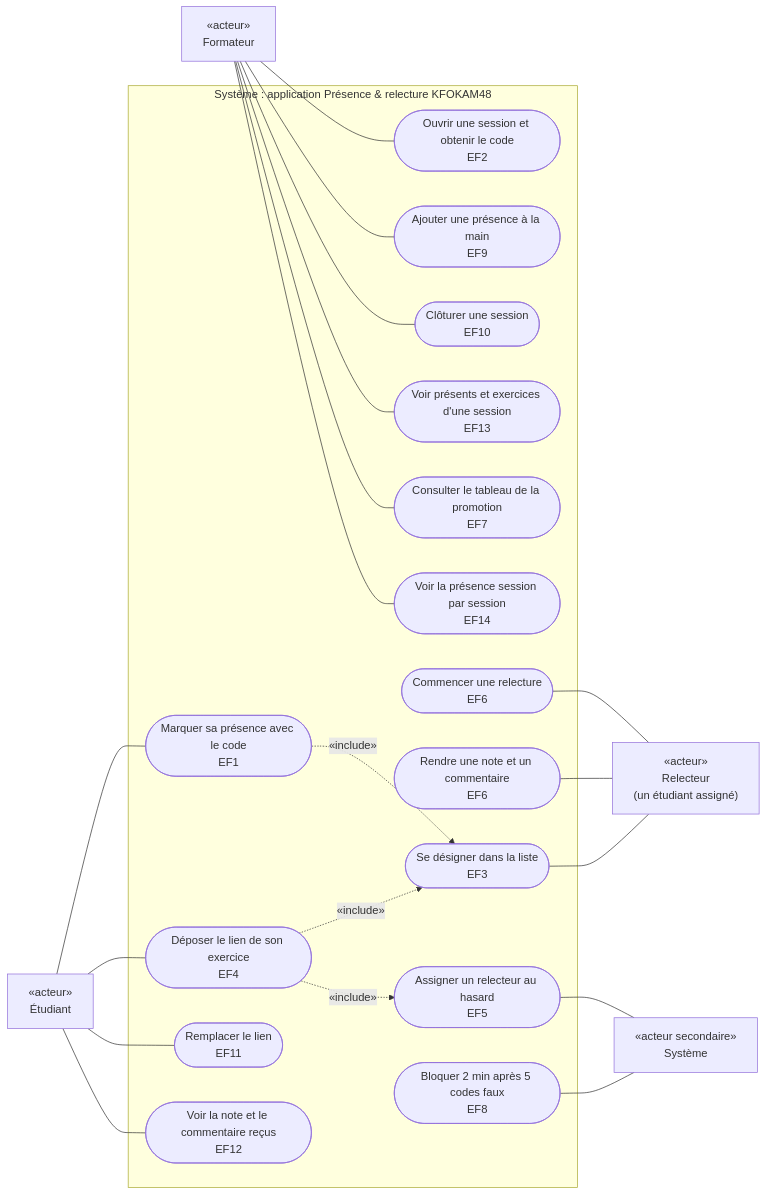
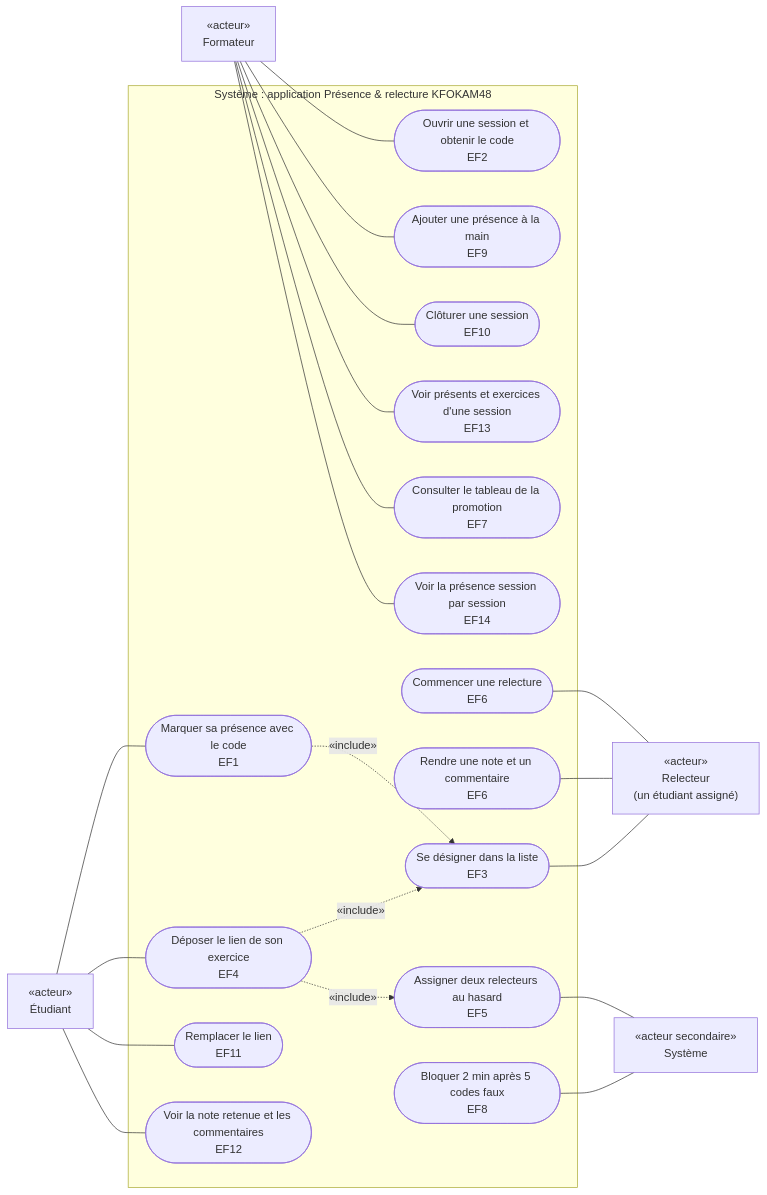
Before and after one commit to KFCAyzen/kfokam48-epreuve-KF48-YAO-196: the diagram in docs/diagrammes/D1-cas-utilisation.md, drawn with Mermaid. The commit also changed other lines of this file and 3 other files, not shown here.

First line of the commit message:
docs(diagrammes): met à jour D1 à D4, conséquence de la double relecture et du correctif #56

````diff
--- a/docs/diagrammes/D1-cas-utilisation.md
+++ b/docs/diagrammes/D1-cas-utilisation.md
@@ -5,52 +5,52 @@
 ```mermaid
 flowchart LR
     formateur["«acteur»<br/>Formateur"]
     etudiant["«acteur»<br/>Étudiant"]
 
     subgraph app["Système : application Présence & relecture KFOKAM48"]
         uc_ouvrir(["Ouvrir une session et obtenir le code<br/>EF2"])
         uc_manuel(["Ajouter une présence à la main<br/>EF9"])
         uc_cloturer(["Clôturer une session<br/>EF10"])
         uc_session(["Voir présents et exercices d'une session<br/>EF13"])
         uc_tableau(["Consulter le tableau de la promotion<br/>EF7"])
         uc_grille(["Voir la présence session par session<br/>EF14"])
 
         uc_presence(["Marquer sa présence avec le code<br/>EF1"])
         uc_deposer(["Déposer le lien de son exercice<br/>EF4"])
         uc_remplacer(["Remplacer le lien<br/>EF11"])
-        uc_note(["Voir la note et le commentaire reçus<br/>EF12"])
+        uc_note(["Voir la note retenue et les commentaires<br/>EF12"])
         uc_designer(["Se désigner dans la liste<br/>EF3"])
 
         uc_commencer(["Commencer une relecture<br/>EF6"])
         uc_rendre(["Rendre une note et un commentaire<br/>EF6"])
 
-        uc_assigner(["Assigner un relecteur au hasard<br/>EF5"])
+        uc_assigner(["Assigner deux relecteurs au hasard<br/>EF5"])
         uc_bloquer(["Bloquer 2 min après 5 codes faux<br/>EF8"])
     end
 
     relecteur["«acteur»<br/>Relecteur<br/>(un étudiant assigné)"]
     systeme["«acteur secondaire»<br/>Système"]
 
     formateur --- uc_ouvrir
     formateur --- uc_manuel
     formateur --- uc_cloturer
     formateur --- uc_session
     formateur --- uc_tableau
     formateur --- uc_grille
 
     etudiant --- uc_presence
     etudiant --- uc_deposer
     etudiant --- uc_remplacer
     etudiant --- uc_note
 
     uc_presence -.->|"«include»"| uc_designer
     uc_deposer -.->|"«include»"| uc_designer
     uc_deposer -.->|"«include»"| uc_assigner
 
     uc_commencer --- relecteur
     uc_rendre --- relecteur
     uc_designer --- relecteur
 
     uc_assigner --- systeme
     uc_bloquer --- systeme
 ```
````
